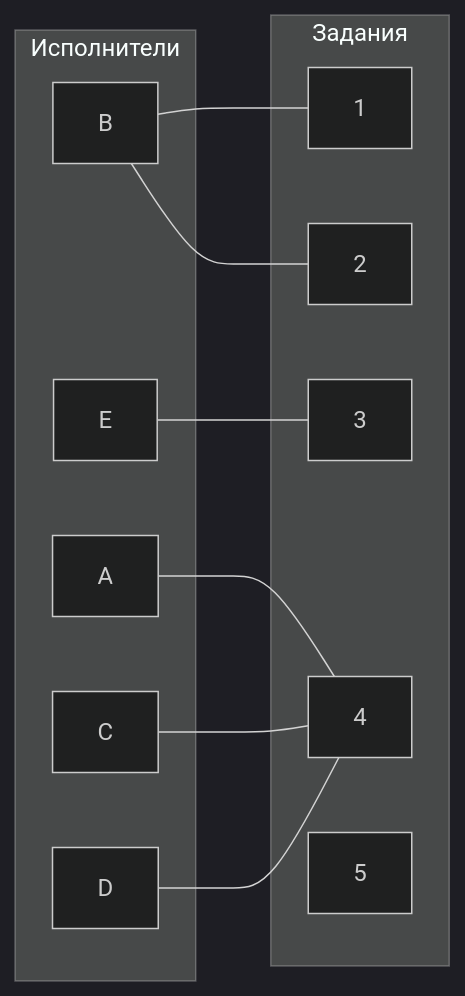
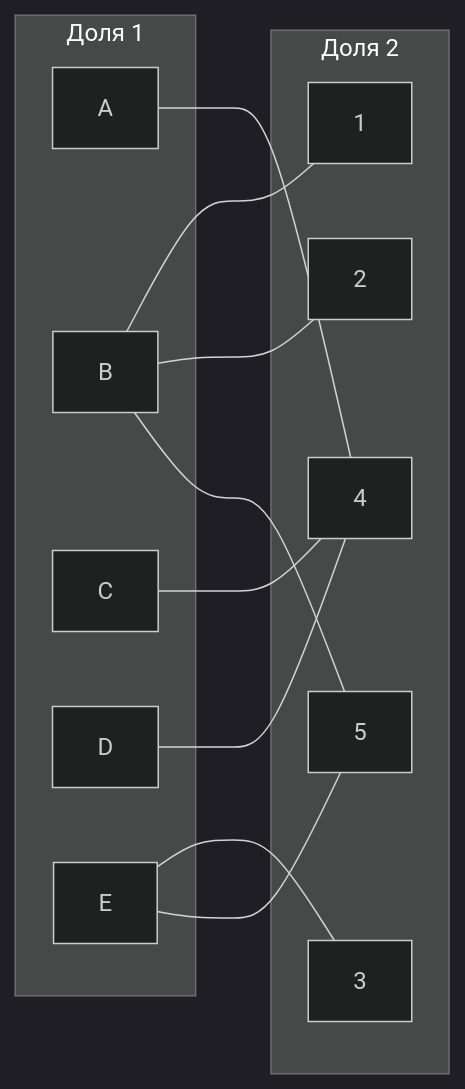
The first of 15 diagrams in task-8/Milty-task-8.md (hse-algo-24-crow/manual-tasks-crow), drawn with Mermaid (dark theme) before and after one commit. The commit also changed other lines of this file, not shown here.

````diff
--- a/task-8/Milty-task-8.md
+++ b/task-8/Milty-task-8.md
@@ -44,23 +48,25 @@
 ```mermaid
 graph LR
-    subgraph "Исполнители"
+    subgraph "Доля 1"
         A[A]
         B[B]
         C[C]
         D[D]
         E[E]
     end
-    subgraph "Задания"
+    subgraph "Доля 2"
         1[1]
         2[2]
         3[3]
         4[4]
         5[5]
     end
     A --- 4
     B --- 1
     B --- 2
+    B --- 5
     C --- 4
     D --- 4
     E --- 3
+    E --- 5
 ```
````
